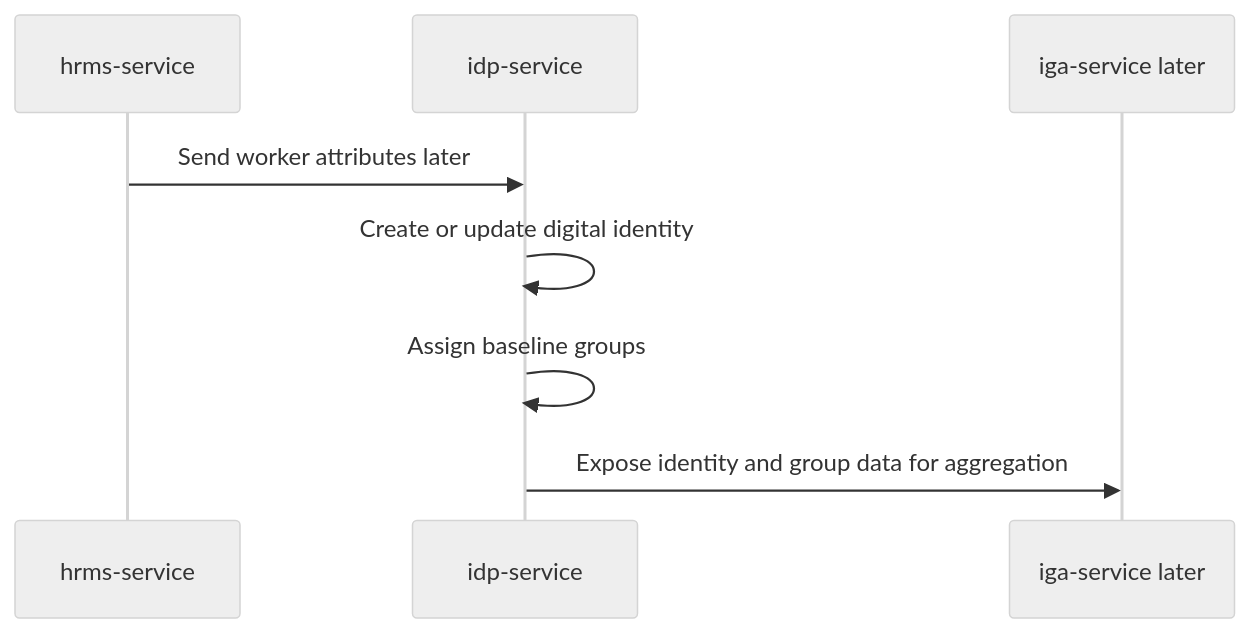
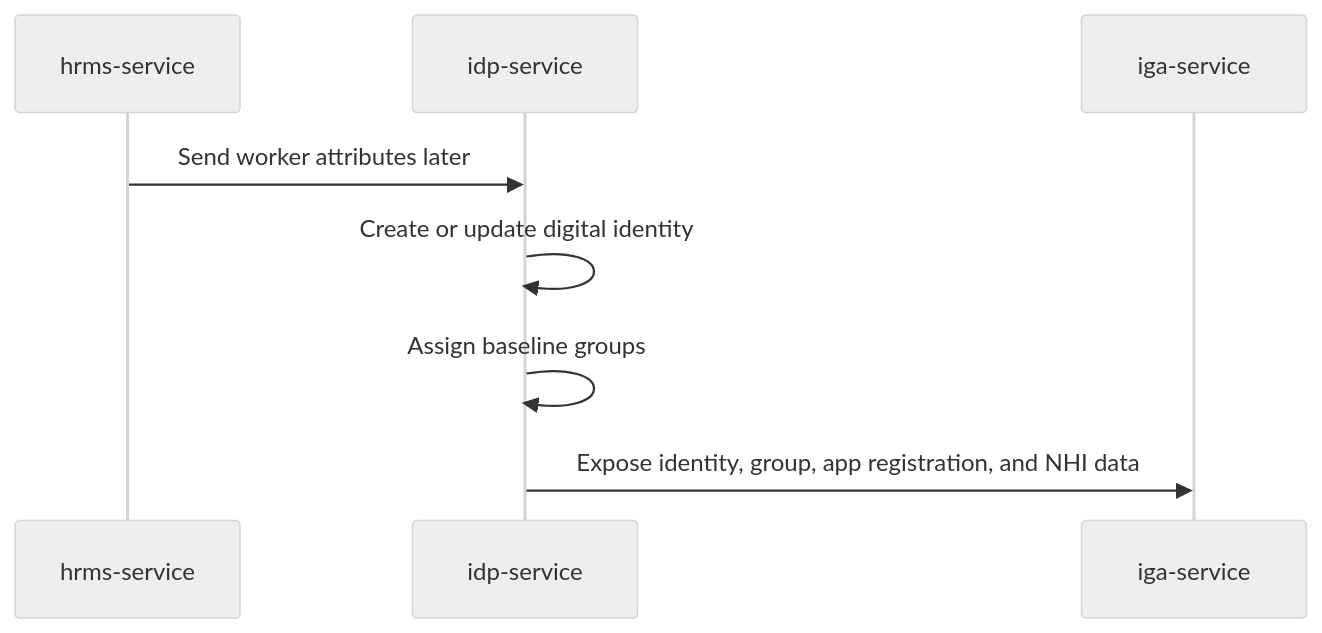
Before and after one commit to i-m-rish/luffy: the fourth of 7 diagrams in apps/idp-service/docs/diagrams.md, drawn with Mermaid (neutral theme). The commit also changed other lines of this file, not shown here.

Commit message:
Update IdP diagrams with IGA normalization flow

````diff
--- a/apps/idp-service/docs/diagrams.md
+++ b/apps/idp-service/docs/diagrams.md
@@ -91,11 +114,11 @@
 ```mermaid
 sequenceDiagram
     participant HRMS as hrms-service
     participant IDP as idp-service
-    participant IGA as iga-service later
+    participant IGA as iga-service
 
     HRMS->>IDP: Send worker attributes later
     IDP->>IDP: Create or update digital identity
     IDP->>IDP: Assign baseline groups
-    IDP->>IGA: Expose identity and group data for aggregation
+    IDP->>IGA: Expose identity, group, app registration, and NHI data
 ```
````
